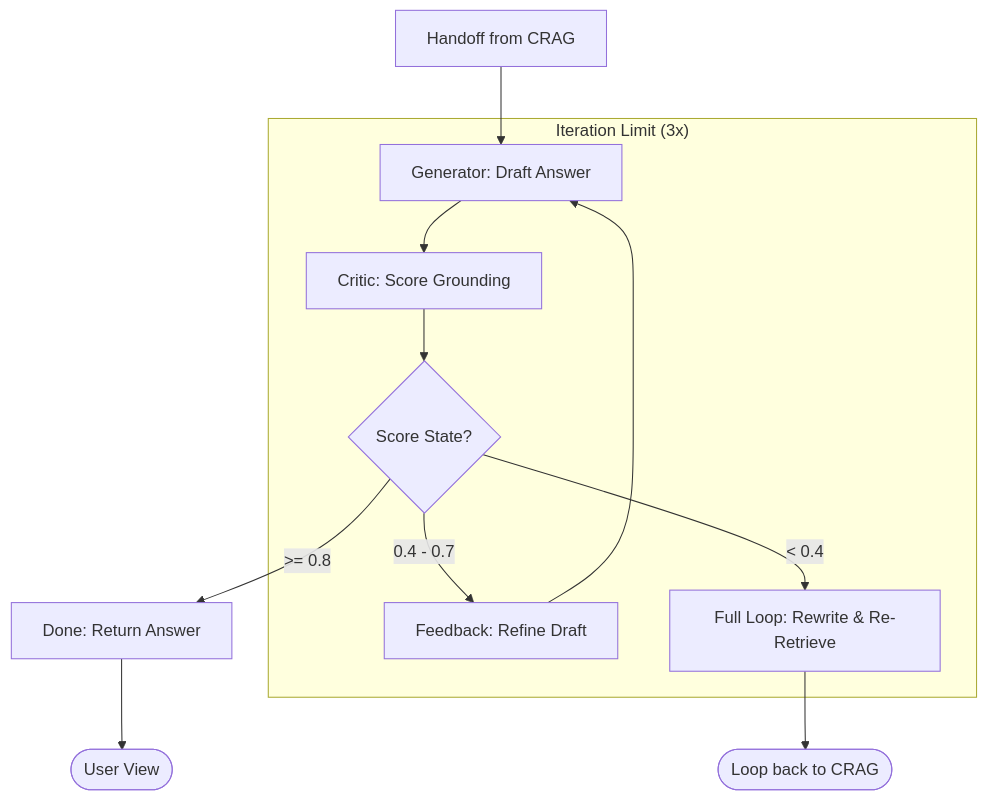
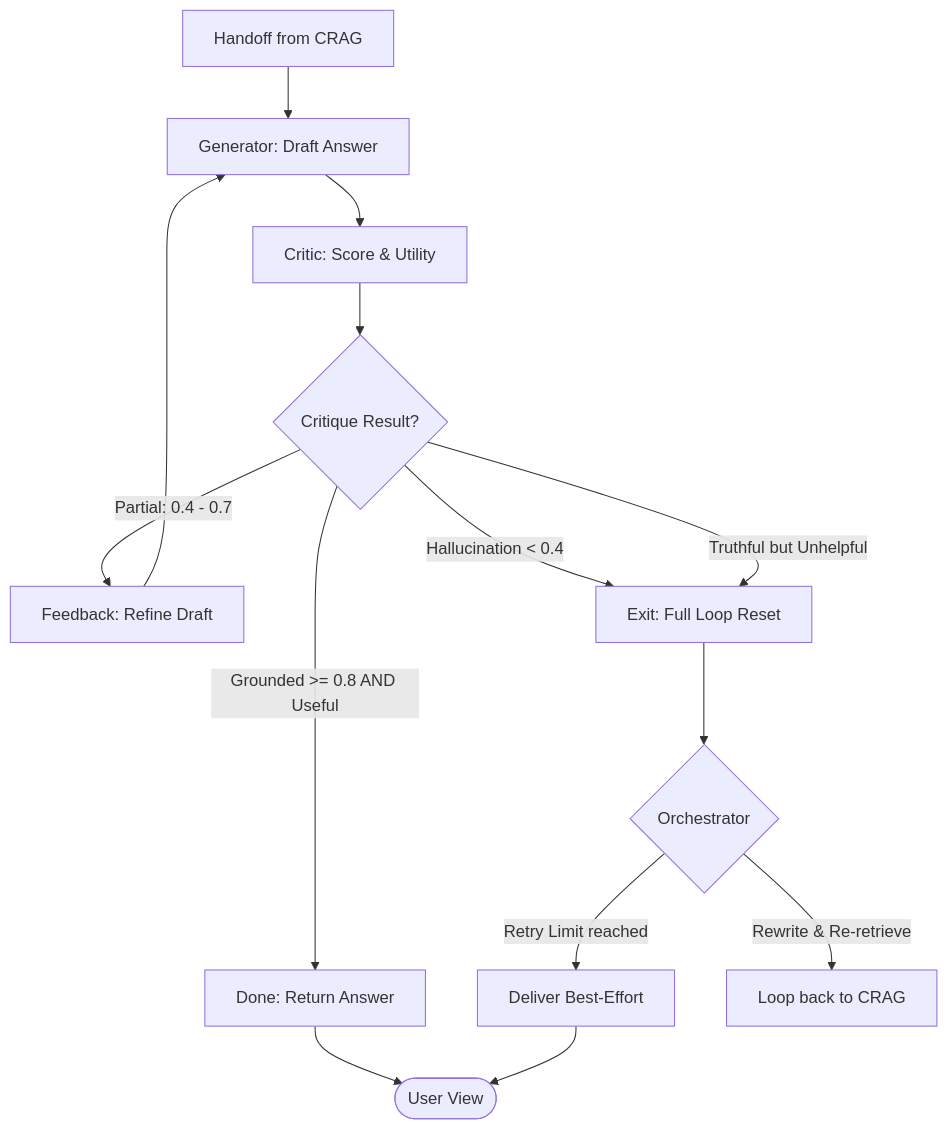
The diagram in workflows/srag_logic.md (mohitagr18/crag-srag-pipeline), drawn with Mermaid before and after one commit. The commit also changed other lines of this file and 3 other files, not shown here.

Commit message:
updated architecture files

````diff
--- a/workflows/srag_logic.md
+++ b/workflows/srag_logic.md
@@ -5,24 +5,21 @@
 ```mermaid
 flowchart TD
     Start[Handoff from CRAG] --> Draft[Generator: Draft Answer]
-    Draft --> Critique[Critic: Score Grounding]
+    Draft --> Critique[Critic: Score & Utility]
     
-    Critique --> Decision{Score State?}
+    Critique --> Decision{Critique Result?}
     
-    Decision -- ">= 0.8" --> Success[Done: Return Answer]
-    Decision -- "0.4 - 0.7" --> Refine[Feedback: Refine Draft]
-    Decision -- "< 0.4" --> Reset[Full Loop: Rewrite & Re-Retrieve]
+    Decision -- "Grounded >= 0.8 AND Useful" --> Success[Done: Return Answer]
+    Decision -- "Partial: 0.4 - 0.7" --> Refine[Feedback: Refine Draft]
+    Decision -- "Hallucination < 0.4" --> FullLoop[Exit: Full Loop Reset]
+    Decision -- "Truthful but Unhelpful" --> FullLoop
     
     Refine --> Draft
-    Reset --> Exit([Loop back to CRAG])
+    FullLoop --> Orchestrator{Orchestrator}
+    
+    Orchestrator -- "Retry Limit reached" --> BestEffort[Deliver Best-Effort]
+    Orchestrator -- "Rewrite & Re-retrieve" --> CRAG[Loop back to CRAG]
     
     Success --> End([User View])
-    
-    subgraph "Iteration Limit (3x)"
-    Draft
-    Critique
-    Decision
-    Refine
-    Reset
-    end
+    BestEffort --> End
 ```
````
